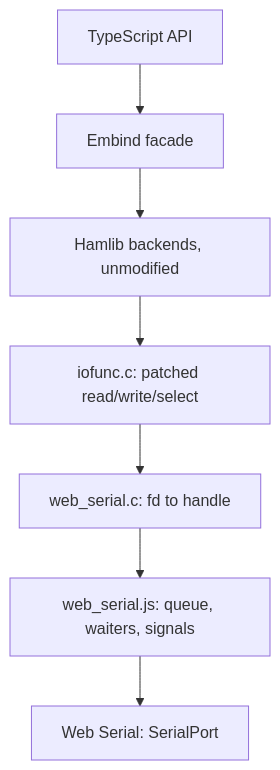
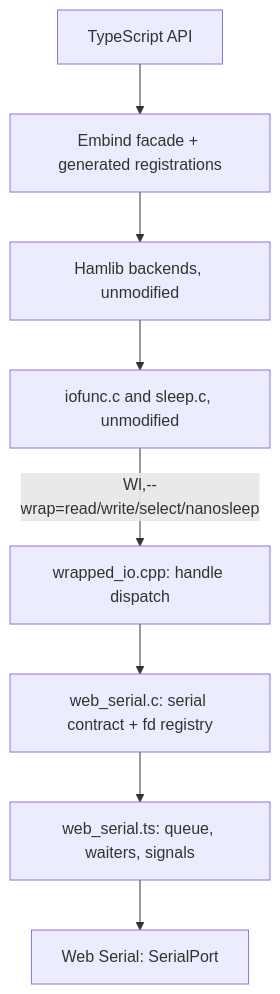
One commit to sq1kd/hamlib-wasm changed the diagram in README.md. Above: the diagram before and after it, drawn with Mermaid. The commit also changed other lines of this file and 81 other files, not shown here.

````diff
--- a/README.md
+++ b/README.md
@@ -64,9 +103,10 @@
 ```mermaid
 graph TD
-  A[TypeScript API] --> B[Embind facade]
+  A[TypeScript API] --> B[Embind facade + generated registrations]
   B --> C[Hamlib backends, unmodified]
-  C --> D[iofunc.c: patched read/write/select]
-  D --> E[web_serial.c: fd to handle]
-  E --> F[web_serial.js: queue, waiters, signals]
-  F --> G[Web Serial: SerialPort]
+  C --> D[iofunc.c and sleep.c, unmodified]
+  D -->|"Wl,--wrap=read/write/select/nanosleep"| E[wrapped_io.cpp: handle dispatch]
+  E --> F[web_serial.c: serial contract + fd registry]
+  F --> G[web_serial.ts: queue, waiters, signals]
+  G --> H[Web Serial: SerialPort]
 ```
````
